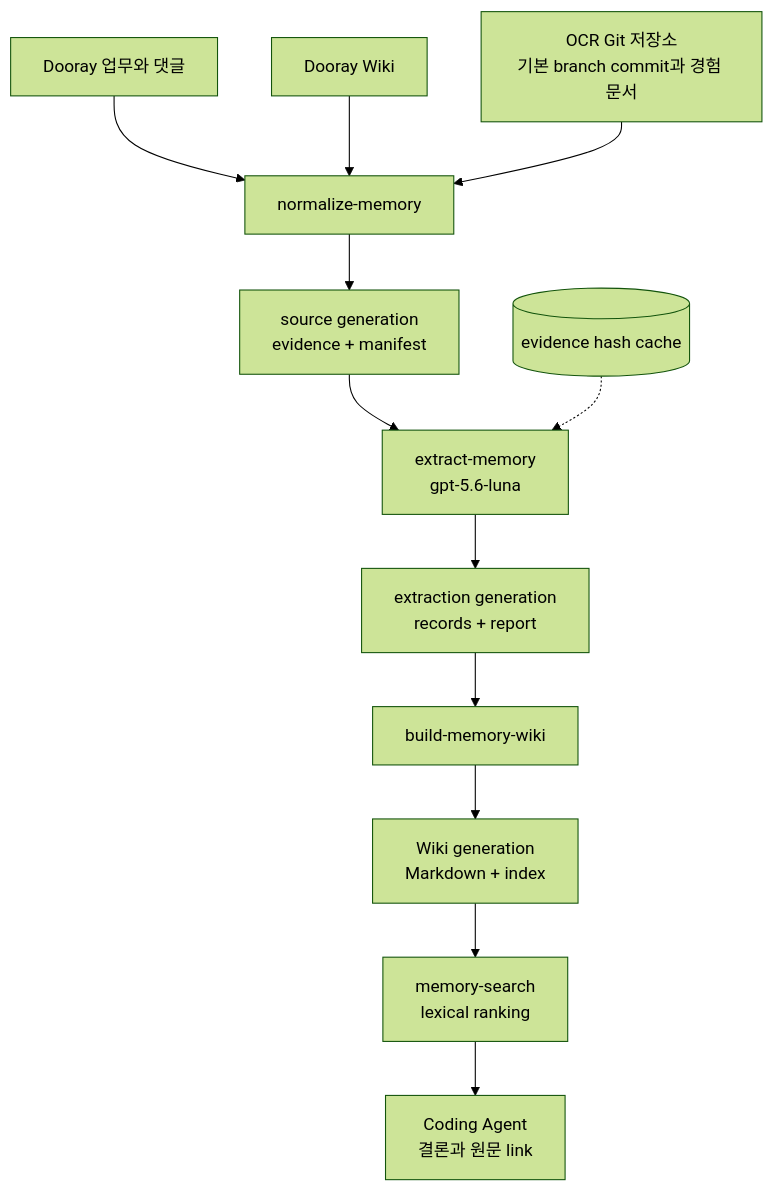
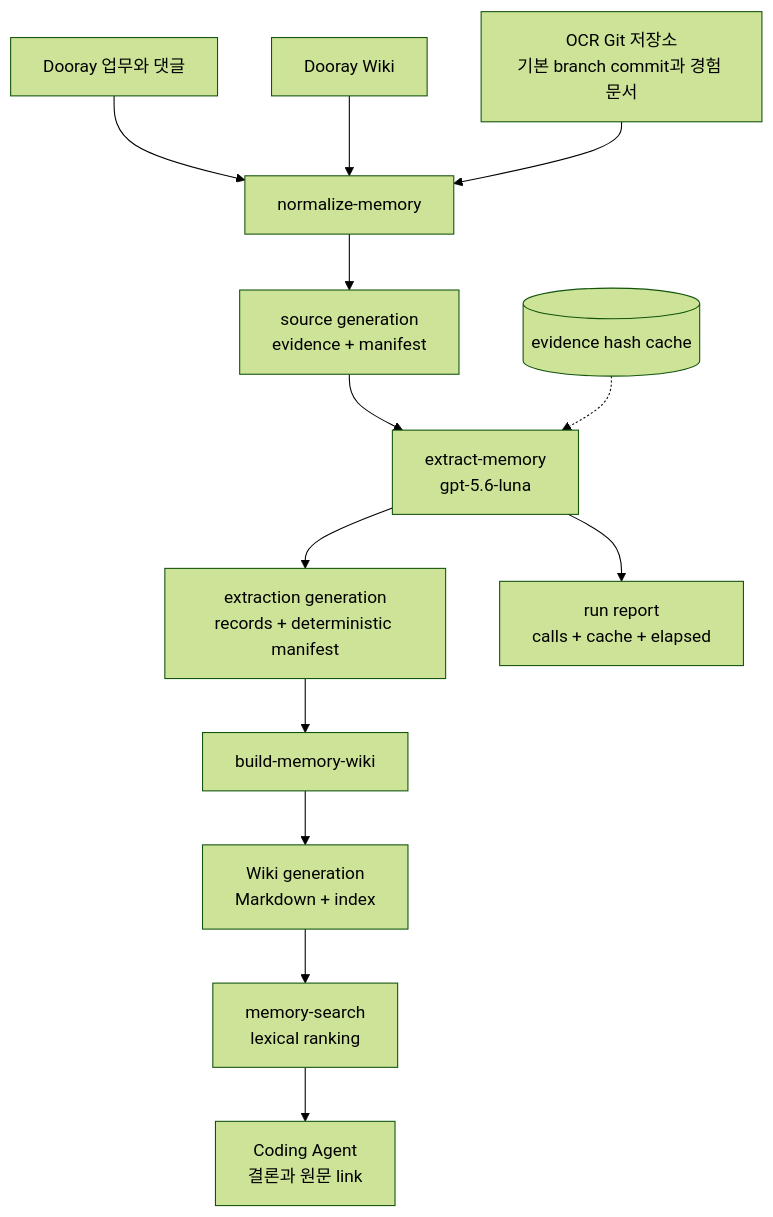
One commit to jon890/devloop-v2 changed the first of 5 diagrams in docs/flow.md. Above: the diagram before and after it, drawn with Mermaid (forest theme). The commit also changed 5 other files, not shown here.

````diff
--- a/docs/flow.md
+++ b/docs/flow.md
@@ -13,14 +13,15 @@
 ```mermaid
 flowchart TD
     DT["Dooray 업무와 댓글"] --> N["normalize-memory"]
     DW["Dooray Wiki"] --> N
     GR["OCR Git 저장소<br/>기본 branch commit과 경험 문서"] --> N
     N --> E["source generation<br/>evidence + manifest"]
     E --> X["extract-memory<br/>gpt-5.6-luna"]
     C[("evidence hash cache")] -.-> X
-    X --> D["extraction generation<br/>records + report"]
+    X --> D["extraction generation<br/>records + deterministic manifest"]
+    X --> R["run report<br/>calls + cache + elapsed"]
     D --> B["build-memory-wiki"]
     B --> M["Wiki generation<br/>Markdown + index"]
     M --> S["memory-search<br/>lexical ranking"]
     S --> A["Coding Agent<br/>결론과 원문 link"]
 ```
````
